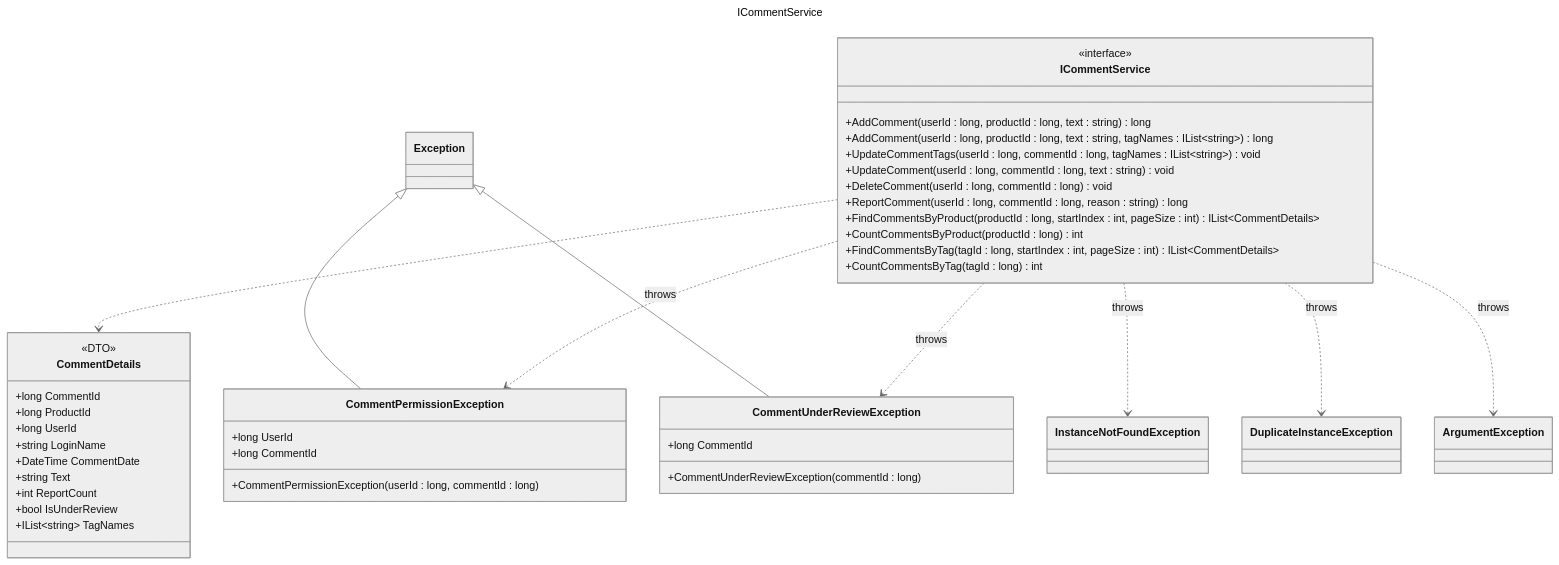
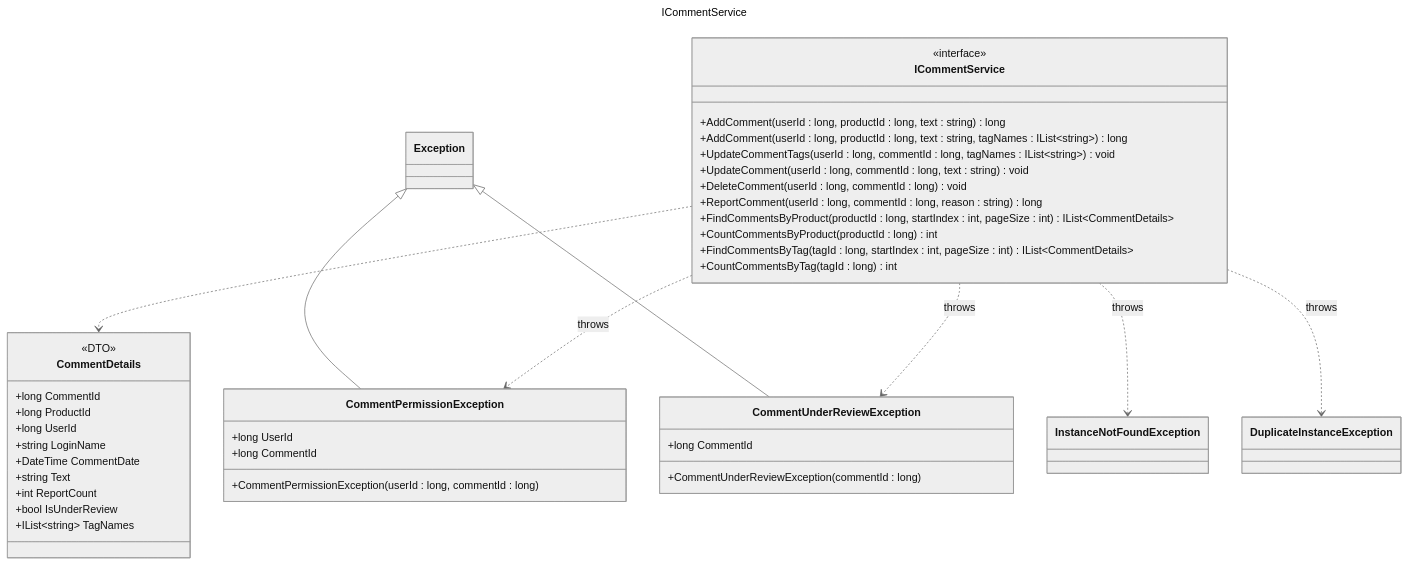
The sixth of 11 diagrams in README.md (Martinhdeez/memoria-trustify-preview), drawn with Mermaid (neutral theme) before and after one commit. The commit also changed other lines of this file, not shown here.

Commit message:
Simplificar arquitectura global y diagramas de servicios

````diff
--- a/README.md
+++ b/README.md
@@ -346,50 +302,49 @@
 ```mermaid
 ---
 title: ICommentService
 ---
 classDiagram
     class ICommentService {
         <<interface>>
         +AddComment(userId : long, productId : long, text : string) long
         +AddComment(userId : long, productId : long, text : string, tagNames : IList~string~) long
         +UpdateCommentTags(userId : long, commentId : long, tagNames : IList~string~) void
         +UpdateComment(userId : long, commentId : long, text : string) void
         +DeleteComment(userId : long, commentId : long) void
         +ReportComment(userId : long, commentId : long, reason : string) long
         +FindCommentsByProduct(productId : long, startIndex : int, pageSize : int) IList~CommentDetails~
         +CountCommentsByProduct(productId : long) int
         +FindCommentsByTag(tagId : long, startIndex : int, pageSize : int) IList~CommentDetails~
         +CountCommentsByTag(tagId : long) int
     }
     class CommentDetails {
         <<DTO>>
         +long CommentId
         +long ProductId
         +long UserId
         +string LoginName
         +DateTime CommentDate
         +string Text
         +int ReportCount
         +bool IsUnderReview
         +IList~string~ TagNames
     }
     class CommentPermissionException {
         +long UserId
         +long CommentId
         +CommentPermissionException(userId : long, commentId : long)
     }
     class CommentUnderReviewException {
         +long CommentId
         +CommentUnderReviewException(commentId : long)
     }
     class Exception
 
     Exception <|-- CommentPermissionException
     Exception <|-- CommentUnderReviewException
     ICommentService ..> CommentDetails
     ICommentService ..> CommentPermissionException : throws
     ICommentService ..> CommentUnderReviewException : throws
     ICommentService ..> InstanceNotFoundException : throws
     ICommentService ..> DuplicateInstanceException : throws
-    ICommentService ..> ArgumentException : throws
 ```
````
